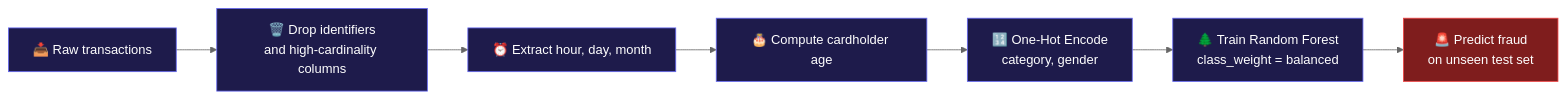
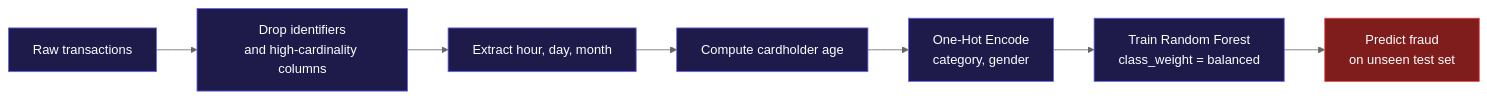
Before and after one commit to khaled-amireh/Credit-Card-Fraud-Detection: the second of 4 diagrams in README.md, drawn with Mermaid (neutral theme). The commit also changed other lines of this file, not shown here.

````diff
--- a/README.md
+++ b/README.md
@@ -96,14 +96,14 @@
 ```mermaid
 flowchart LR
-    A["📥 Raw transactions"] --> B["🗑️ Drop identifiers<br/>and high-cardinality columns"]
-    B --> C["⏰ Extract hour, day, month"]
-    C --> D["🎂 Compute cardholder age"]
-    D --> E["🔢 One-Hot Encode<br/>category, gender"]
-    E --> F["🌲 Train Random Forest<br/>class_weight = balanced"]
-    F --> G["🚨 Predict fraud<br/>on unseen test set"]
+    A[" Raw transactions"] --> B[" Drop identifiers<br/>and high-cardinality columns"]
+    B --> C[" Extract hour, day, month"]
+    C --> D[" Compute cardholder age"]
+    D --> E[" One-Hot Encode<br/>category, gender"]
+    E --> F[" Train Random Forest<br/>class_weight = balanced"]
+    F --> G[" Predict fraud<br/>on unseen test set"]
 
     classDef step fill:#1e1b4b,stroke:#6366f1,color:#fff;
     classDef alert fill:#7f1d1d,stroke:#ef4444,color:#fff;
     class A,B,C,D,E,F step;
     class G alert;
 ```
````
